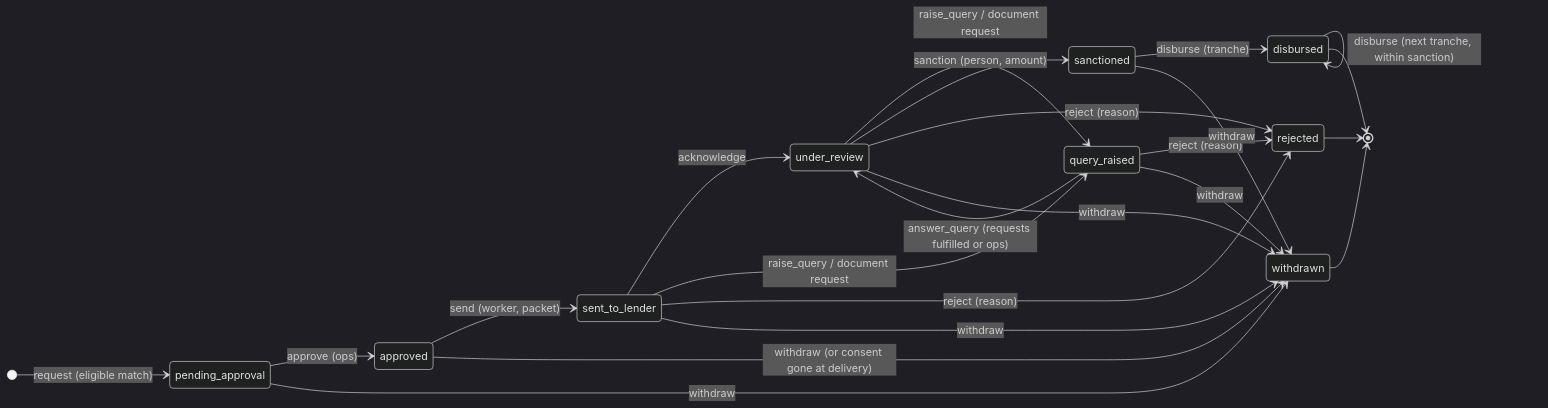
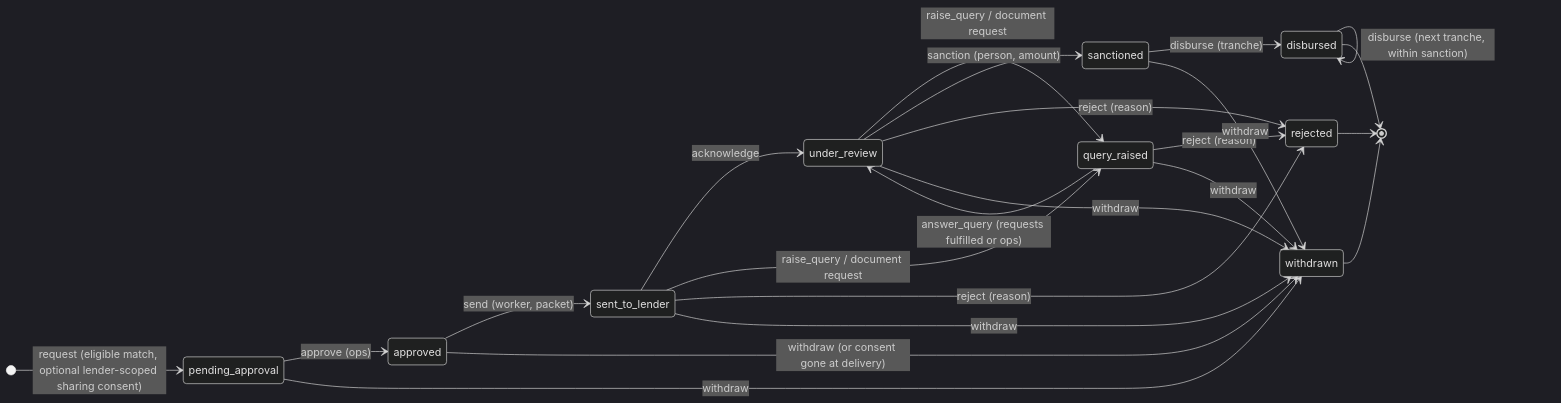
One commit to Shaikhfaruk/fundenflo changed diagram 14 of 16 in docs/ARCHITECTURE.md. Above: the diagram before and after it, drawn with Mermaid (dark theme). The commit also changed other lines of this file and 8 other files, not shown here.

````diff
--- a/docs/ARCHITECTURE.md
+++ b/docs/ARCHITECTURE.md
@@ -492,26 +492,26 @@
 ```mermaid
 stateDiagram-v2
   direction LR
-  [*] --> pending_approval: request (eligible match)
+  [*] --> pending_approval: request (eligible match, optional lender-scoped sharing consent)
   pending_approval --> approved: approve (ops)
   approved --> sent_to_lender: send (worker, packet)
   sent_to_lender --> under_review: acknowledge
   sent_to_lender --> query_raised: raise_query / document request
   under_review --> query_raised: raise_query / document request
   query_raised --> under_review: answer_query (requests fulfilled or ops)
   under_review --> sanctioned: sanction (person, amount)
   sanctioned --> disbursed: disburse (tranche)
   disbursed --> disbursed: disburse (next tranche, within sanction)
   sent_to_lender --> rejected: reject (reason)
   under_review --> rejected: reject (reason)
   query_raised --> rejected: reject (reason)
   pending_approval --> withdrawn: withdraw
   approved --> withdrawn: withdraw (or consent gone at delivery)
   sent_to_lender --> withdrawn: withdraw
   under_review --> withdrawn: withdraw
   query_raised --> withdrawn: withdraw
   sanctioned --> withdrawn: withdraw
   disbursed --> [*]
   rejected --> [*]
   withdrawn --> [*]
 ```
````
